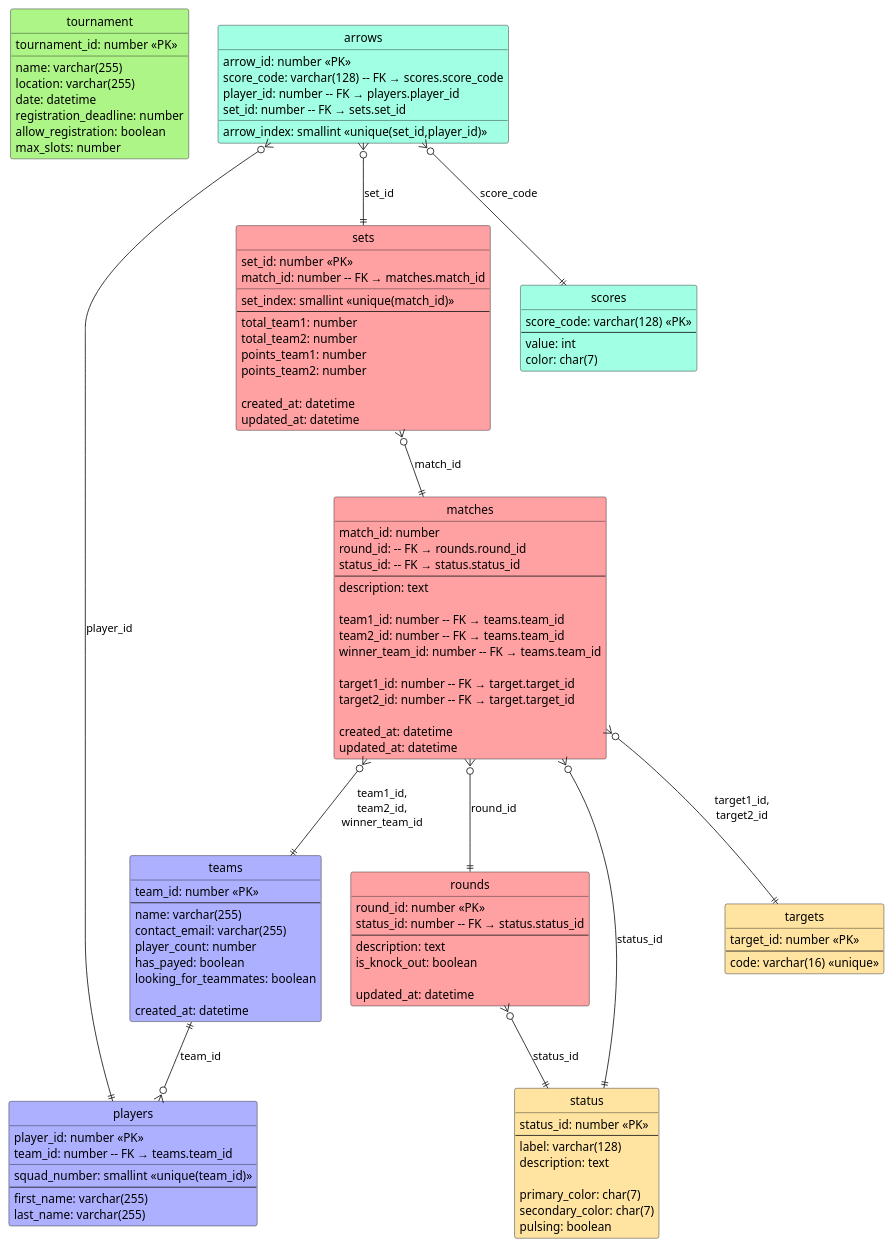
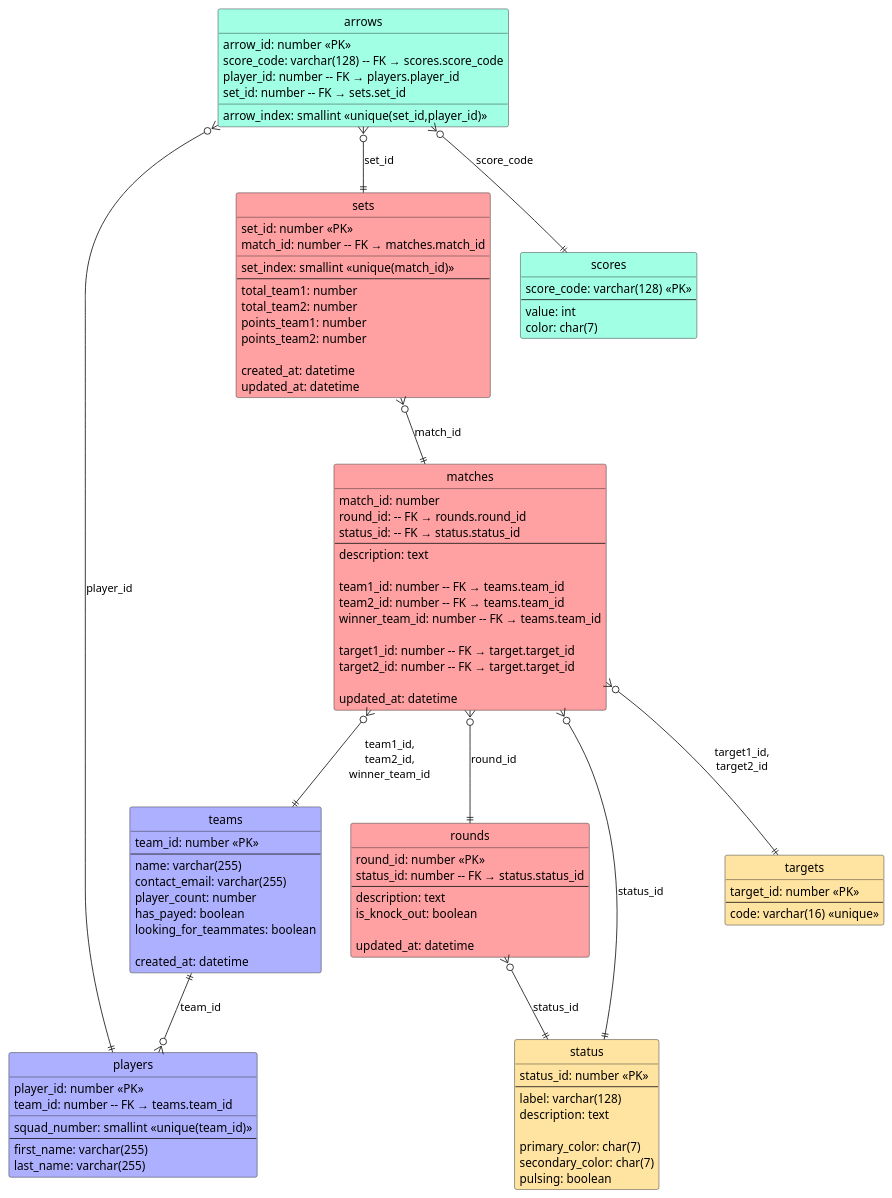
Before and after one commit to SV-Scherenbostel-Bogensport/wedemark-team-open-api: the diagram in src/main/structure/structure.puml, drawn with PlantUML. The commit also changed 3 other files, not shown here.

```diff
--- a/src/main/structure/structure.puml
+++ b/src/main/structure/structure.puml
@@ -1,153 +1,152 @@
 @startuml
 hide circle
 
 'package "Teams & Players" #dfe3ff {}
 
-entity "tournament" as tournament #adf587 {
-    tournament_id: number <<PK>>
-    __
-    name: varchar(255)
-    location: varchar(255)
-    date: datetime
-    registration_deadline: number
-    allow_registration: boolean
-    max_slots: number
-}
+'entity "tournament" as tournament #adf587 {
+'    tournament_id: number <<PK>>
+'    __
+'    name: varchar(255)
+'    location: varchar(255)
+'    date: datetime
+'    registration_deadline: number
+'    allow_registration: boolean
+'    max_slots: number
+'}
 
 entity "teams" as teams #adb0ff {
     team_id: number <<PK>>
     --
     name: varchar(255)
     contact_email: varchar(255)
     player_count: number
     has_payed: boolean
     looking_for_teammates: boolean
 
     created_at: datetime
 }
 
 entity "players" as players #adb0ff {
     player_id: number <<PK>>
     team_id: number -- FK → teams.team_id
     __
     squad_number: smallint <<unique(team_id)>>
     --
     first_name: varchar(255)
     last_name: varchar(255)
 }
 
 'package "Competition Structure" #ffd4d7 {}
 
 entity "rounds" as rounds #ffa1a3 {
     round_id: number <<PK>>
     status_id: number -- FK → status.status_id
     --
     description: text
     is_knock_out: boolean
 
     updated_at: datetime
 }
 
 
 entity "matches" as matches #ffa1a3 {
     match_id: number
     round_id: -- FK → rounds.round_id
     status_id: -- FK → status.status_id
     --
     description: text
 
     team1_id: number -- FK → teams.team_id
     team2_id: number -- FK → teams.team_id
     winner_team_id: number -- FK → teams.team_id
 
     target1_id: number -- FK → target.target_id
     target2_id: number -- FK → target.target_id
 
-    created_at: datetime
     updated_at: datetime
 }
 
 
 entity "sets" as sets #ffa1a3 {
     set_id: number <<PK>>
     match_id: number -- FK → matches.match_id
     __
     set_index: smallint <<unique(match_id)>>
     --
     total_team1: number
     total_team2: number
     points_team1: number
     points_team2: number
 
     created_at: datetime
     updated_at: datetime
 }
 
 
 'package "Scoring" as scoring #d4fff6 {}
 
 entity "arrows" as arrows #a1ffe3 {
     arrow_id: number <<PK>>
     score_code: varchar(128) -- FK → scores.score_code
     player_id: number -- FK → players.player_id
     set_id: number -- FK → sets.set_id
     __
     arrow_index: smallint <<unique(set_id,player_id)>>
 }
 
 entity "scores" as scores #a1ffe3 {
     score_code: varchar(128) <<PK>>
     --
     value: int
     color: char(7)
 }
 
 
 
 'package "Info" #fff6d4 {}
 
 entity "status" as status #ffe3a1 {
     status_id: number <<PK>>
     --
     label: varchar(128)
     description: text
 
     primary_color: char(7)
     secondary_color: char(7)
     pulsing: boolean
 }
 
 entity "targets" as targets #ffe3a1 {
     target_id: number <<PK>>
     --
     code: varchar(16) <<unique>>
 }
 
 
 'Relationships'
 
 teams ||--o{ players : "team_id"
 
 arrows }o--|| scores : "score_code"
 arrows }o--|| players : "player_id"
 arrows }o--|| sets : "set_id"
 
 sets }o--|| matches : "match_id"
 
 matches }o--|| teams : "team1_id,\nteam2_id,\nwinner_team_id"
 
 matches }o--|| targets : "target1_id,\ntarget2_id"
 
 matches }o--|| rounds : "round_id"
 matches }o--|| status : "status_id"
 
 rounds }o--|| status : "status_id"
 
 
 
 
 
 
 
 
 @enduml
```
